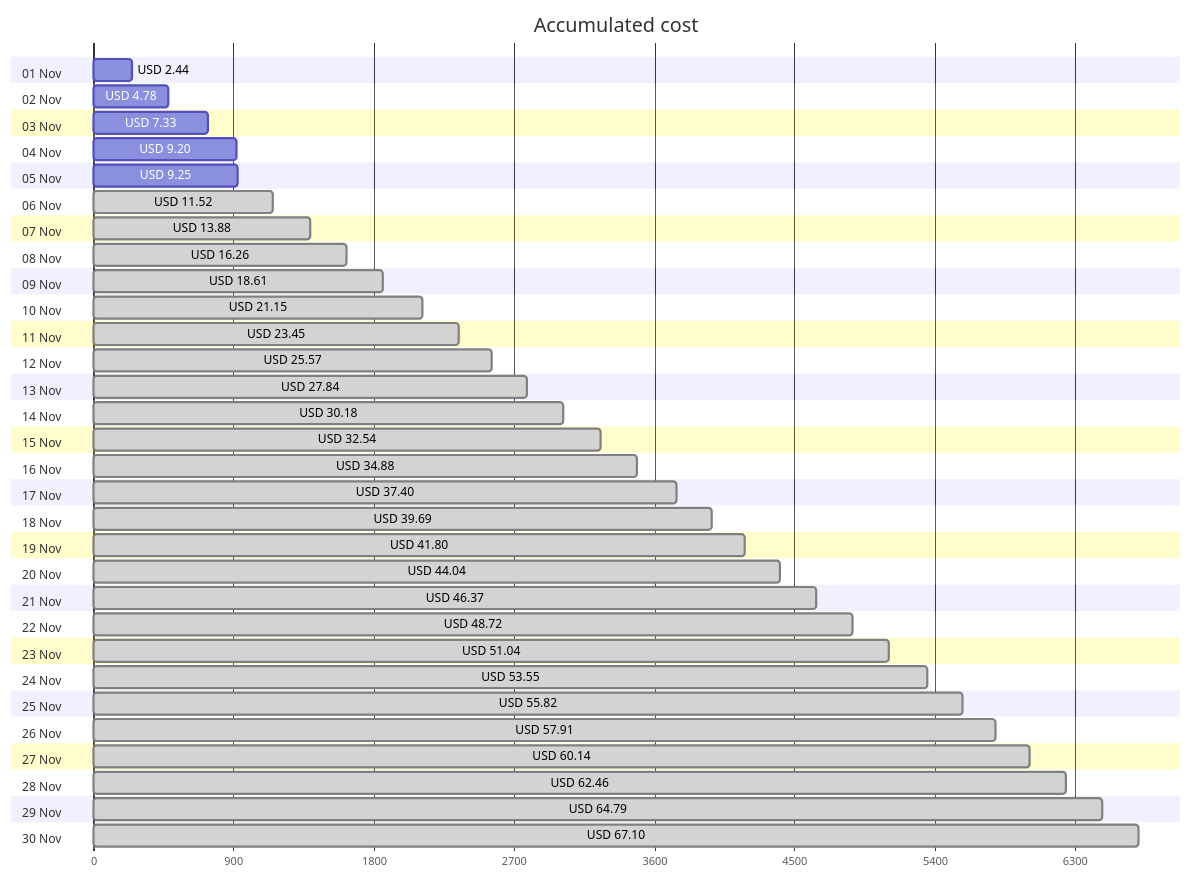
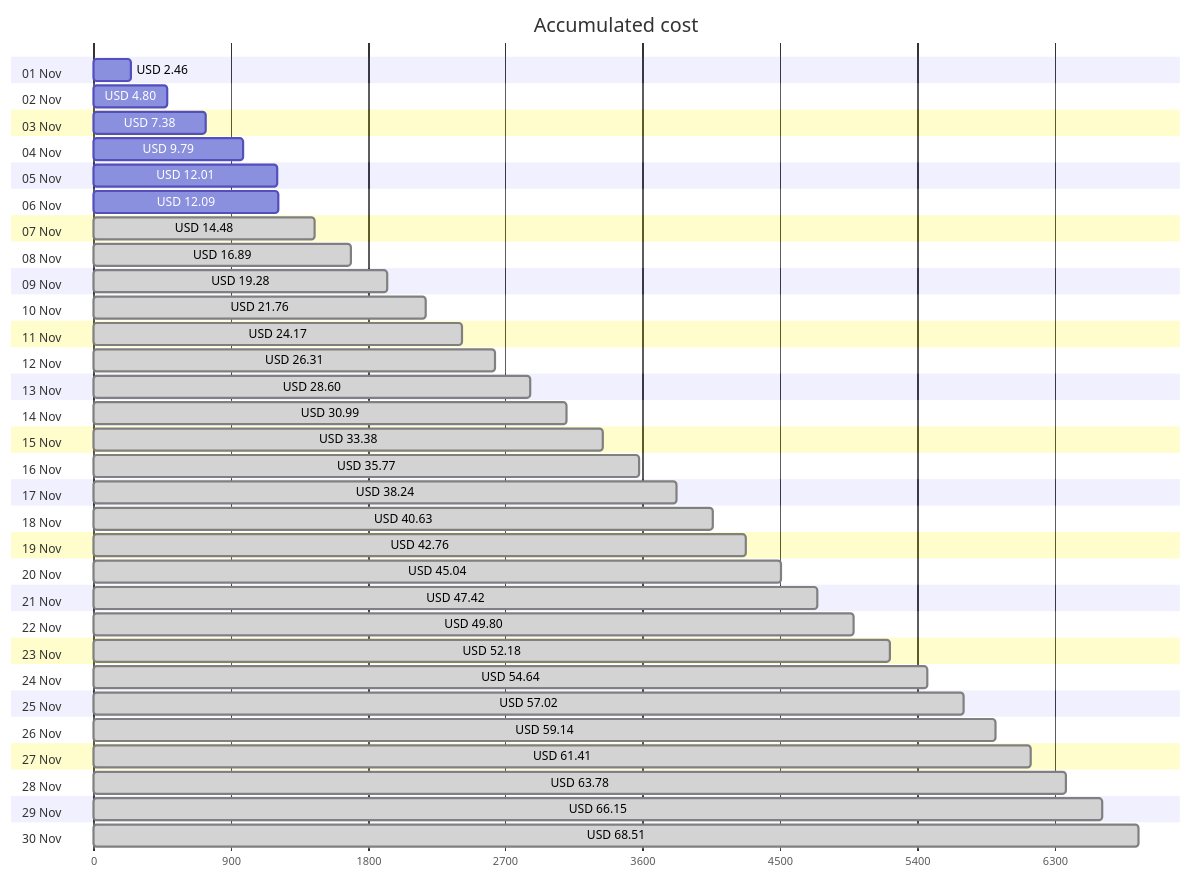
The first of 4 diagrams in cost-reports/accumulated-cost.md (jpfulton/azure-personal-reports), drawn with Mermaid before and after one commit. The commit also changed other lines of this file and 4 other files, not shown here.

````diff
--- a/cost-reports/accumulated-cost.md
+++ b/cost-reports/accumulated-cost.md
@@ -20,66 +20,66 @@
 ```mermaid
 gantt
    title Accumulated cost
    dateFormat  X
    axisFormat %s
    section 01 Nov
-   USD 2.44 :0, 244
+   USD 2.46 :0, 246
    section 02 Nov
-   USD 4.78 :0, 478
+   USD 4.80 :0, 480
    section 03 Nov
-   USD 7.33 :0, 733
+   USD 7.38 :0, 738
    section 04 Nov
-   USD 9.20 :0, 920
+   USD 9.79 :0, 979
    section 05 Nov
-   USD 9.25 :0, 925
+   USD 12.01 :0, 1201
    section 06 Nov
-   USD 11.52 : done, 0, 1152
+   USD 12.09 :0, 1209
    section 07 Nov
-   USD 13.88 : done, 0, 1388
+   USD 14.48 : done, 0, 1448
    section 08 Nov
-   USD 16.26 : done, 0, 1626
+   USD 16.89 : done, 0, 1689
    section 09 Nov
-   USD 18.61 : done, 0, 1861
+   USD 19.28 : done, 0, 1928
    section 10 Nov
-   USD 21.15 : done, 0, 2115
+   USD 21.76 : done, 0, 2176
    section 11 Nov
-   USD 23.45 : done, 0, 2345
+   USD 24.17 : done, 0, 2417
    section 12 Nov
-   USD 25.57 : done, 0, 2557
+   USD 26.31 : done, 0, 2631
    section 13 Nov
-   USD 27.84 : done, 0, 2784
+   USD 28.60 : done, 0, 2860
    section 14 Nov
-   USD 30.18 : done, 0, 3018
+   USD 30.99 : done, 0, 3099
    section 15 Nov
-   USD 32.54 : done, 0, 3254
+   USD 33.38 : done, 0, 3338
    section 16 Nov
-   USD 34.88 : done, 0, 3488
+   USD 35.77 : done, 0, 3577
    section 17 Nov
-   USD 37.40 : done, 0, 3740
+   USD 38.24 : done, 0, 3824
    section 18 Nov
-   USD 39.69 : done, 0, 3969
+   USD 40.63 : done, 0, 4063
    section 19 Nov
-   USD 41.80 : done, 0, 4180
+   USD 42.76 : done, 0, 4276
    section 20 Nov
-   USD 44.04 : done, 0, 4404
+   USD 45.04 : done, 0, 4504
    section 21 Nov
-   USD 46.37 : done, 0, 4637
+   USD 47.42 : done, 0, 4742
    section 22 Nov
-   USD 48.72 : done, 0, 4872
+   USD 49.80 : done, 0, 4980
    section 23 Nov
-   USD 51.04 : done, 0, 5104
+   USD 52.18 : done, 0, 5218
    section 24 Nov
-   USD 53.55 : done, 0, 5355
+   USD 54.64 : done, 0, 5464
    section 25 Nov
-   USD 55.82 : done, 0, 5582
+   USD 57.02 : done, 0, 5702
    section 26 Nov
-   USD 57.91 : done, 0, 5791
+   USD 59.14 : done, 0, 5914
    section 27 Nov
-   USD 60.14 : done, 0, 6014
+   USD 61.41 : done, 0, 6141
    section 28 Nov
-   USD 62.46 : done, 0, 6246
+   USD 63.78 : done, 0, 6378
    section 29 Nov
-   USD 64.79 : done, 0, 6479
+   USD 66.15 : done, 0, 6615
    section 30 Nov
-   USD 67.10 : done, 0, 6710
+   USD 68.51 : done, 0, 6851
 ```
````
